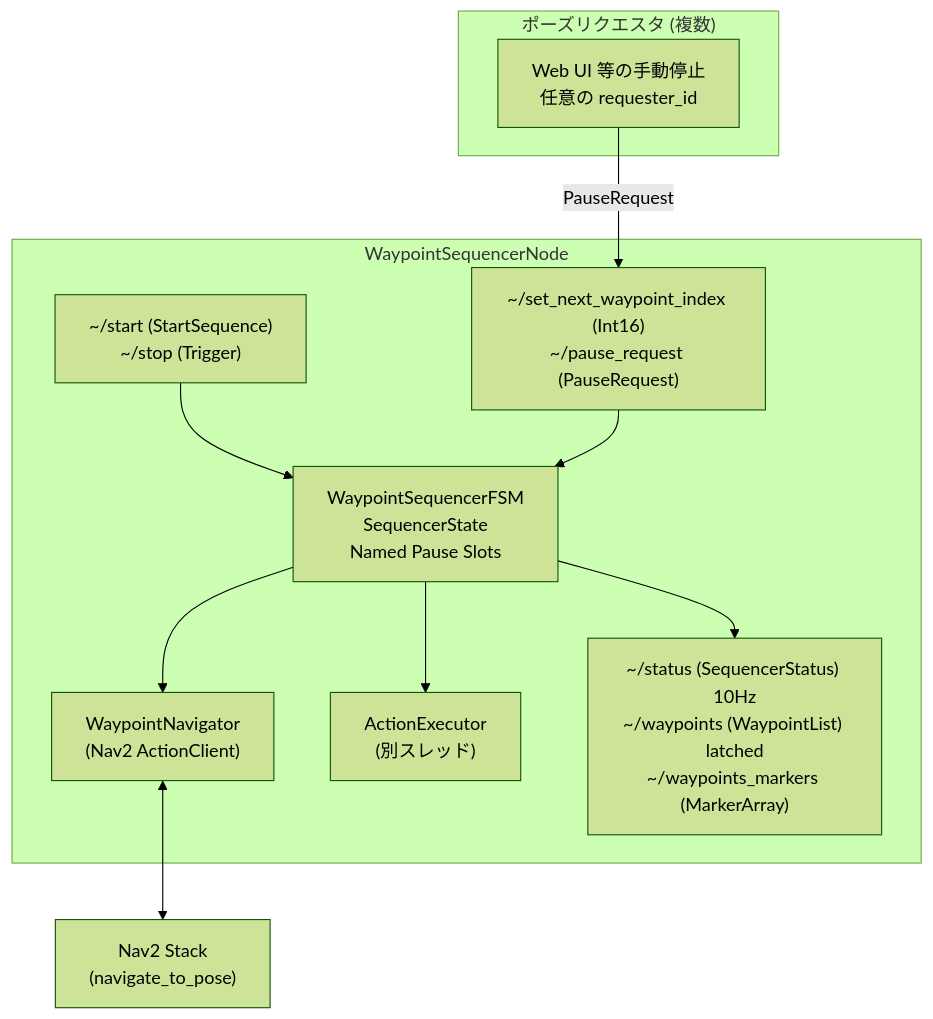
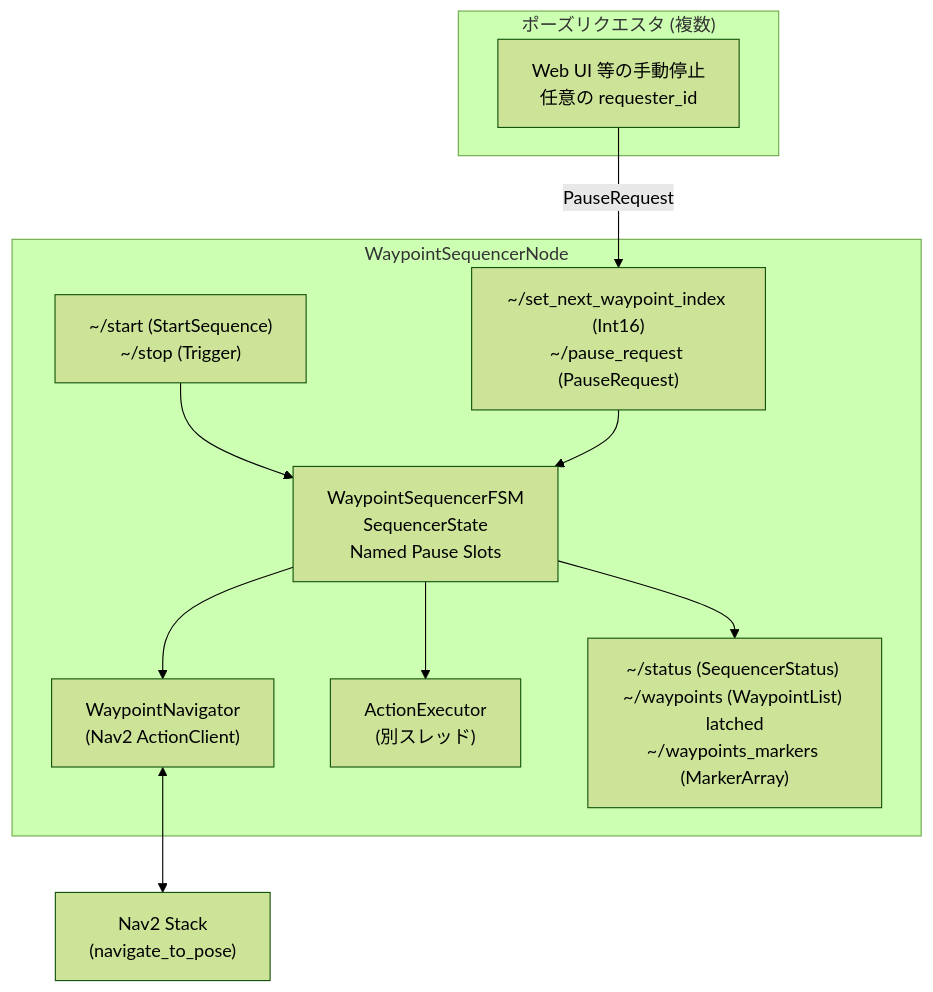
Before and after one commit to MetroGlide/mg_robot: the first of 2 diagrams in mg_waypoint_navigation/doc/architecture.md, drawn with Mermaid (forest theme). The commit also changed other lines of this file and 10 other files, not shown here.

````diff
--- a/mg_waypoint_navigation/doc/architecture.md
+++ b/mg_waypoint_navigation/doc/architecture.md
@@ -54,25 +54,25 @@
 ```mermaid
 graph TD
     subgraph Requesters["ポーズリクエスタ (複数)"]
         OR["Web UI 等の手動停止\n任意の requester_id"]
     end
 
     subgraph WSN["WaypointSequencerNode"]
         SVC["~/start (StartSequence)\n~/stop (Trigger)"]
         SUB["~/set_next_waypoint_index (Int16)\n~/pause_request (PauseRequest)"]
         FSM["WaypointSequencerFSM\nSequencerState\nNamed Pause Slots"]
         NAV["WaypointNavigator\n(Nav2 ActionClient)"]
         EXEC["ActionExecutor\n(別スレッド)"]
-        PUB["~/status (SequencerStatus) 10Hz\n~/waypoints (WaypointList) latched\n~/waypoints_markers (MarkerArray)"]
+        PUB["~/status (SequencerStatus) \n~/waypoints (WaypointList) latched\n~/waypoints_markers (MarkerArray)"]
     end
 
     Nav2["Nav2 Stack\n(navigate_to_pose)"]
 
     OR -- "PauseRequest" --> SUB
     SVC --> FSM
     SUB --> FSM
     FSM --> NAV
     FSM --> EXEC
     FSM --> PUB
     NAV <--> Nav2
 ```
````
